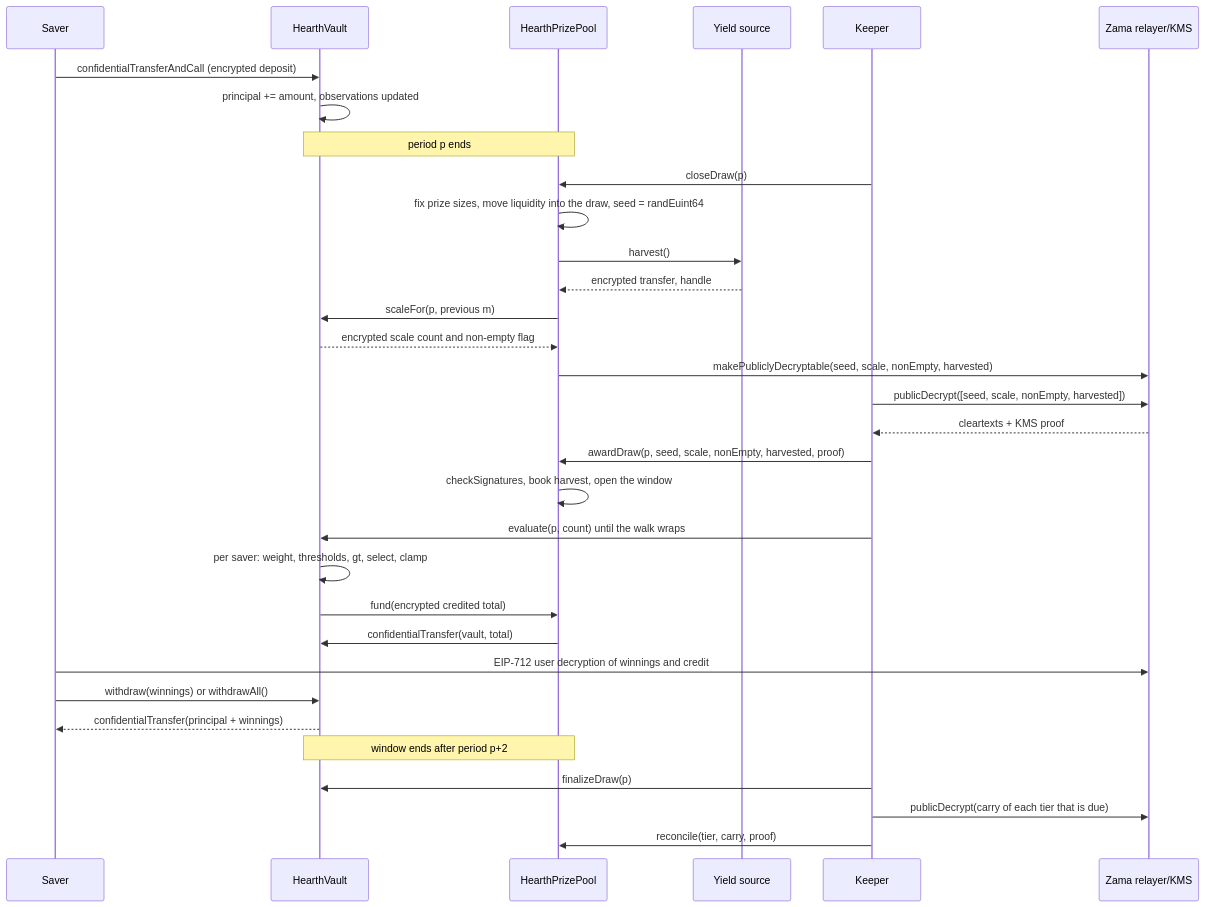
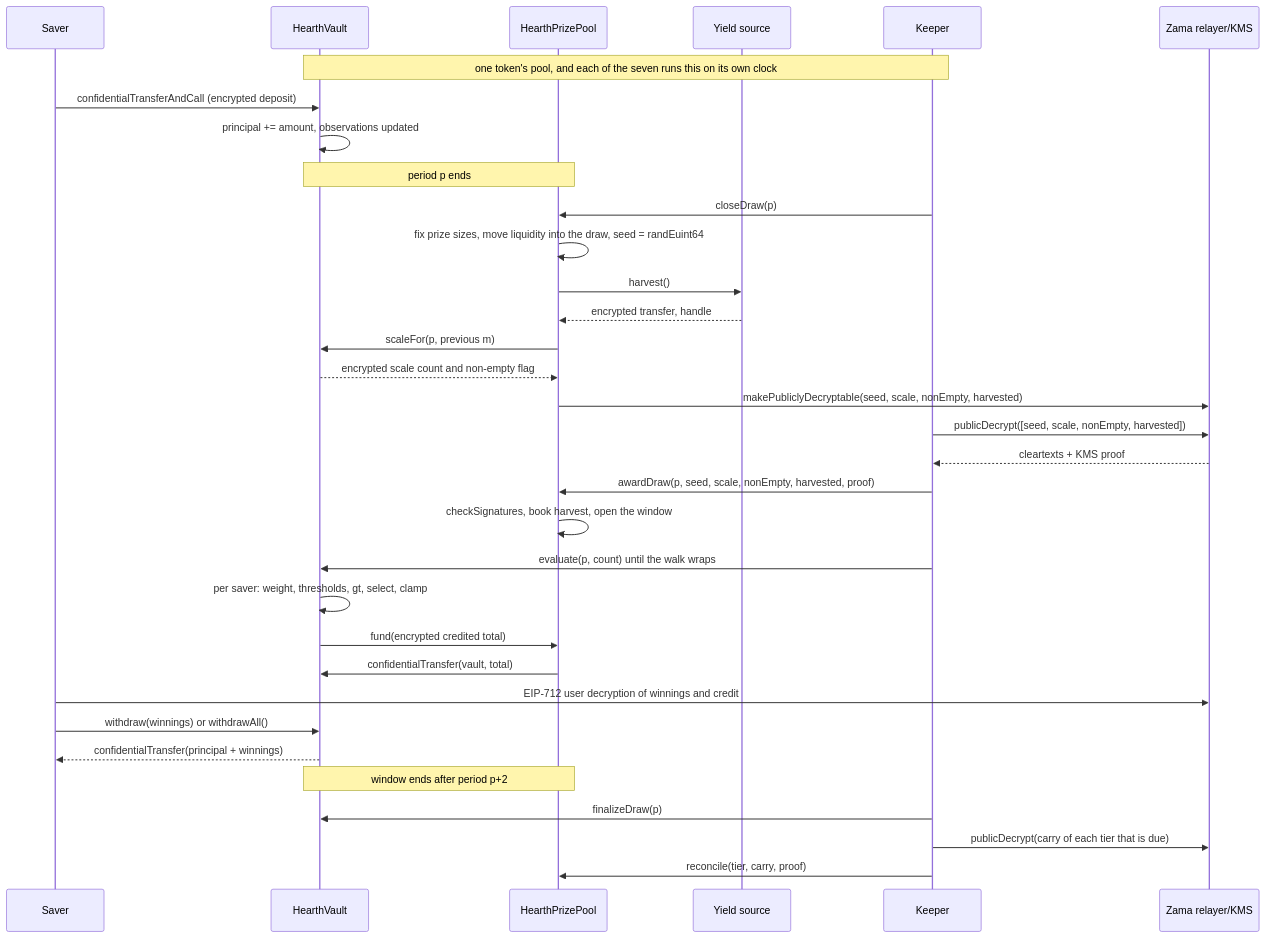
Before and after one commit to ramakrishnanhulk20/hearth: the second of 3 diagrams in ARCHITECTURE.md, drawn with Mermaid. The commit also changed other lines of this file and 291 other files, not shown here.

Commit message:
README, architecture and the docs site describe seven pools, and the docs are translated page for page

````diff
--- a/ARCHITECTURE.md
+++ b/ARCHITECTURE.md
@@ -374,35 +400,36 @@
 ```mermaid
 sequenceDiagram
     participant S as Saver
     participant V as HearthVault
     participant P as HearthPrizePool
     participant Y as Yield source
     participant K as Keeper
     participant Z as Zama relayer/KMS
 
+    Note over V,K: one token's pool, and each of the seven runs this on its own clock
     S->>V: confidentialTransferAndCall (encrypted deposit)
     V->>V: principal += amount, observations updated
     Note over V,P: period p ends
     K->>P: closeDraw(p)
     P->>P: fix prize sizes, move liquidity into the draw, seed = randEuint64
     P->>Y: harvest()
     Y-->>P: encrypted transfer, handle
     P->>V: scaleFor(p, previous m)
     V-->>P: encrypted scale count and non-empty flag
     P->>Z: makePubliclyDecryptable(seed, scale, nonEmpty, harvested)
     K->>Z: publicDecrypt([seed, scale, nonEmpty, harvested])
     Z-->>K: cleartexts + KMS proof
     K->>P: awardDraw(p, seed, scale, nonEmpty, harvested, proof)
     P->>P: checkSignatures, book harvest, open the window
     K->>V: evaluate(p, count) until the walk wraps
     V->>V: per saver: weight, thresholds, gt, select, clamp
     V->>P: fund(encrypted credited total)
     P->>V: confidentialTransfer(vault, total)
     S->>Z: EIP-712 user decryption of winnings and credit
     S->>V: withdraw(winnings) or withdrawAll()
     V-->>S: confidentialTransfer(principal + winnings)
     Note over V,P: window ends after period p+2
     K->>V: finalizeDraw(p)
     K->>Z: publicDecrypt(carry of each tier that is due)
     K->>P: reconcile(tier, carry, proof)
 ```
````
